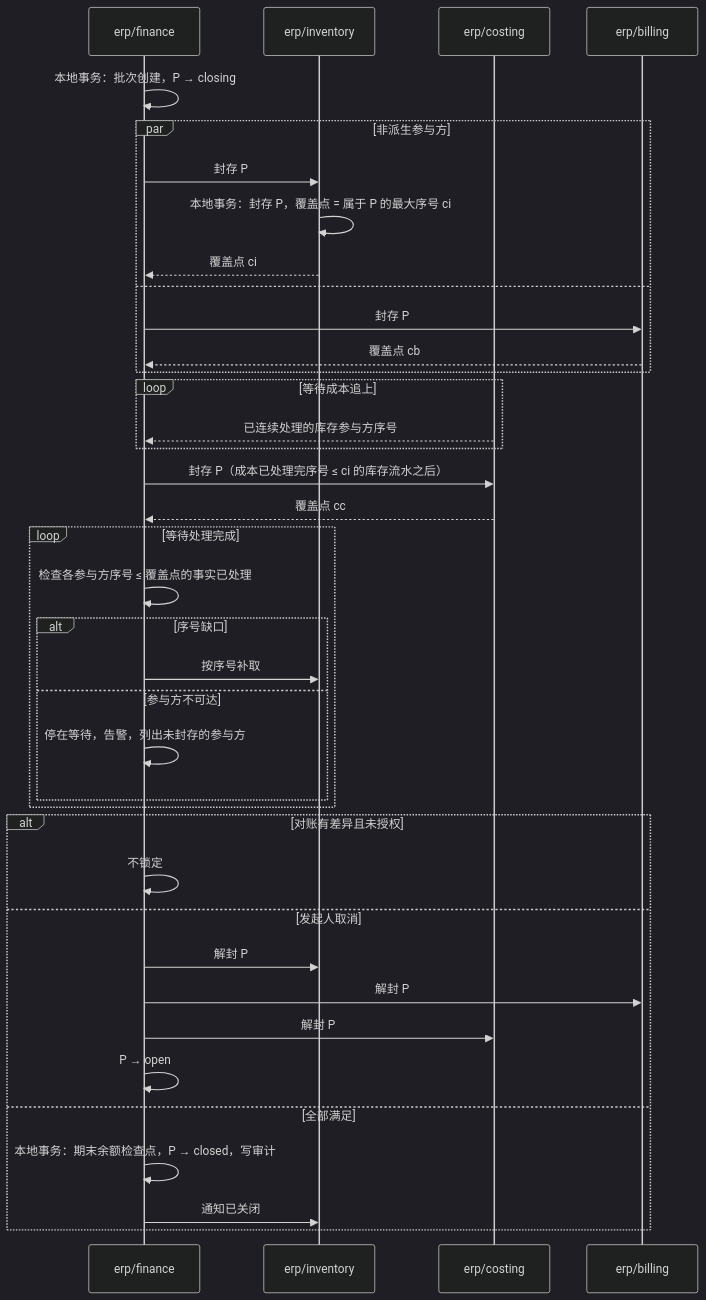
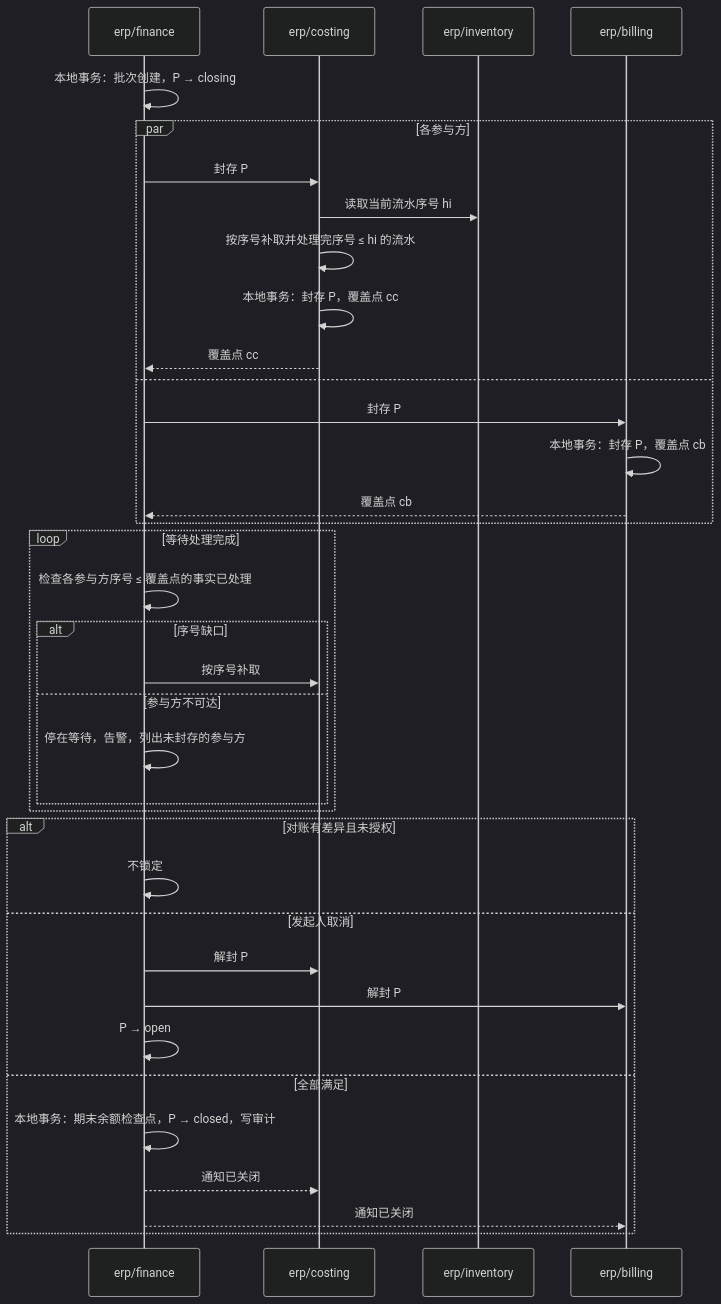
One commit to brickKit/be-assembly-standard changed the diagram in tempDocs/final/06-protocols/06-period-close.md. Above: the diagram before and after it, drawn with Mermaid (dark theme). The commit also changed other lines of this file and 20 other files, not shown here.

````diff
--- a/tempDocs/final/06-protocols/06-period-close.md
+++ b/tempDocs/final/06-protocols/06-period-close.md
@@ -62,40 +63,38 @@
 ```mermaid
 sequenceDiagram
     participant F as erp/finance
+    participant C as erp/costing
     participant I as erp/inventory
-    participant C as erp/costing
     participant B as erp/billing
     F->>F: 本地事务：批次创建，P → closing
-    par 非派生参与方
-        F->>I: 封存 P
-        I->>I: 本地事务：封存 P，覆盖点 = 属于 P 的最大序号 ci
-        I-->>F: 覆盖点 ci
+    par 各参与方
+        F->>C: 封存 P
+        C->>I: 读取当前流水序号 hi
+        C->>C: 按序号补取并处理完序号 ≤ hi 的流水
+        C->>C: 本地事务：封存 P，覆盖点 cc
+        C-->>F: 覆盖点 cc
     and
         F->>B: 封存 P
+        B->>B: 本地事务：封存 P，覆盖点 cb
         B-->>F: 覆盖点 cb
     end
-    loop 等待成本追上
-        C-->>F: 已连续处理的库存参与方序号
-    end
-    F->>C: 封存 P（成本已处理完序号 ≤ ci 的库存流水之后）
-    C-->>F: 覆盖点 cc
     loop 等待处理完成
         F->>F: 检查各参与方序号 ≤ 覆盖点的事实已处理
         alt 序号缺口
-            F->>I: 按序号补取
+            F->>C: 按序号补取
         else 参与方不可达
             F->>F: 停在等待，告警，列出未封存的参与方
         end
     end
     alt 对账有差异且未授权
         F->>F: 不锁定
     else 发起人取消
-        F->>I: 解封 P
+        F->>C: 解封 P
         F->>B: 解封 P
-        F->>C: 解封 P
         F->>F: P → open
     else 全部满足
         F->>F: 本地事务：期末余额检查点，P → closed，写审计
-        F->>I: 通知已关闭
+        F-->>C: 通知已关闭
+        F-->>B: 通知已关闭
     end
 ```
````
